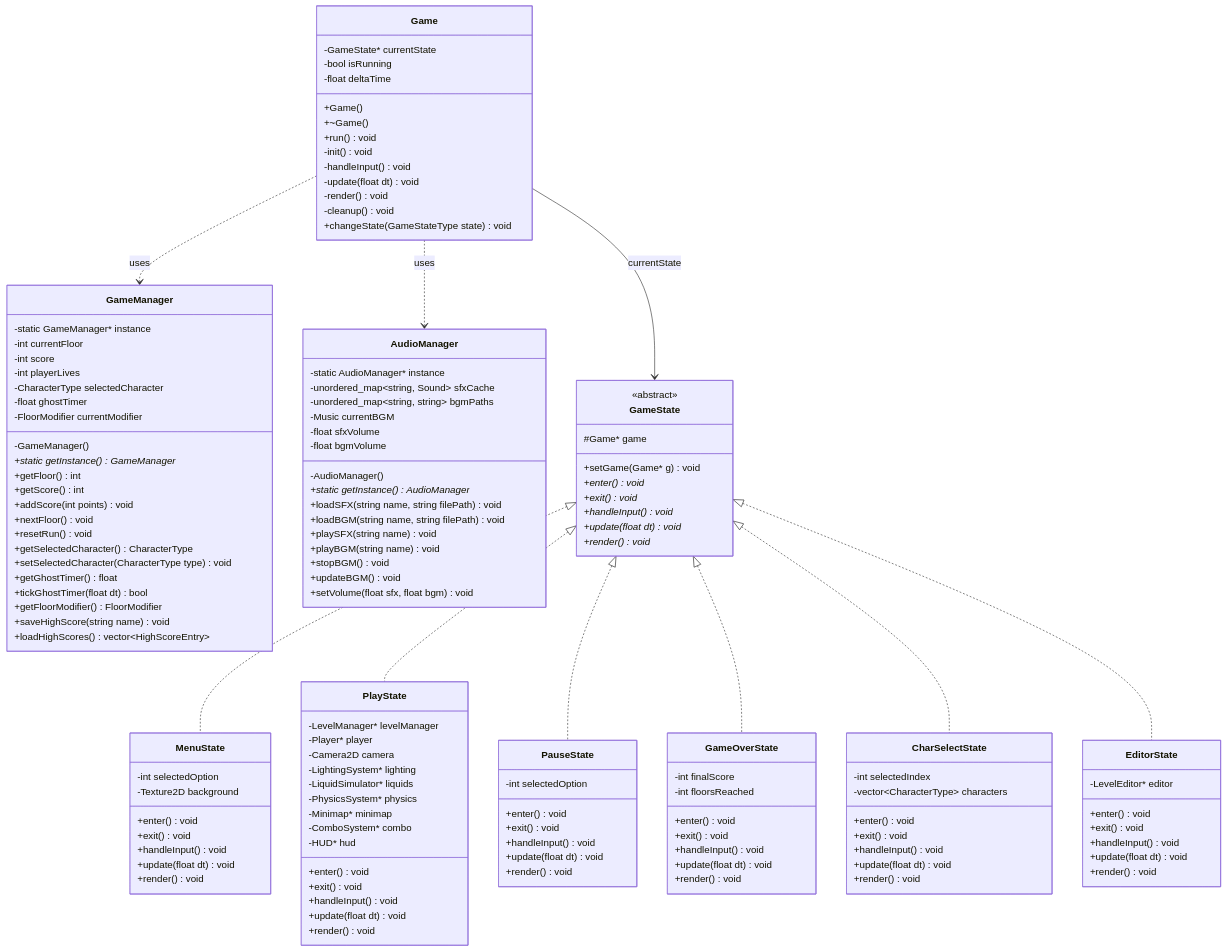
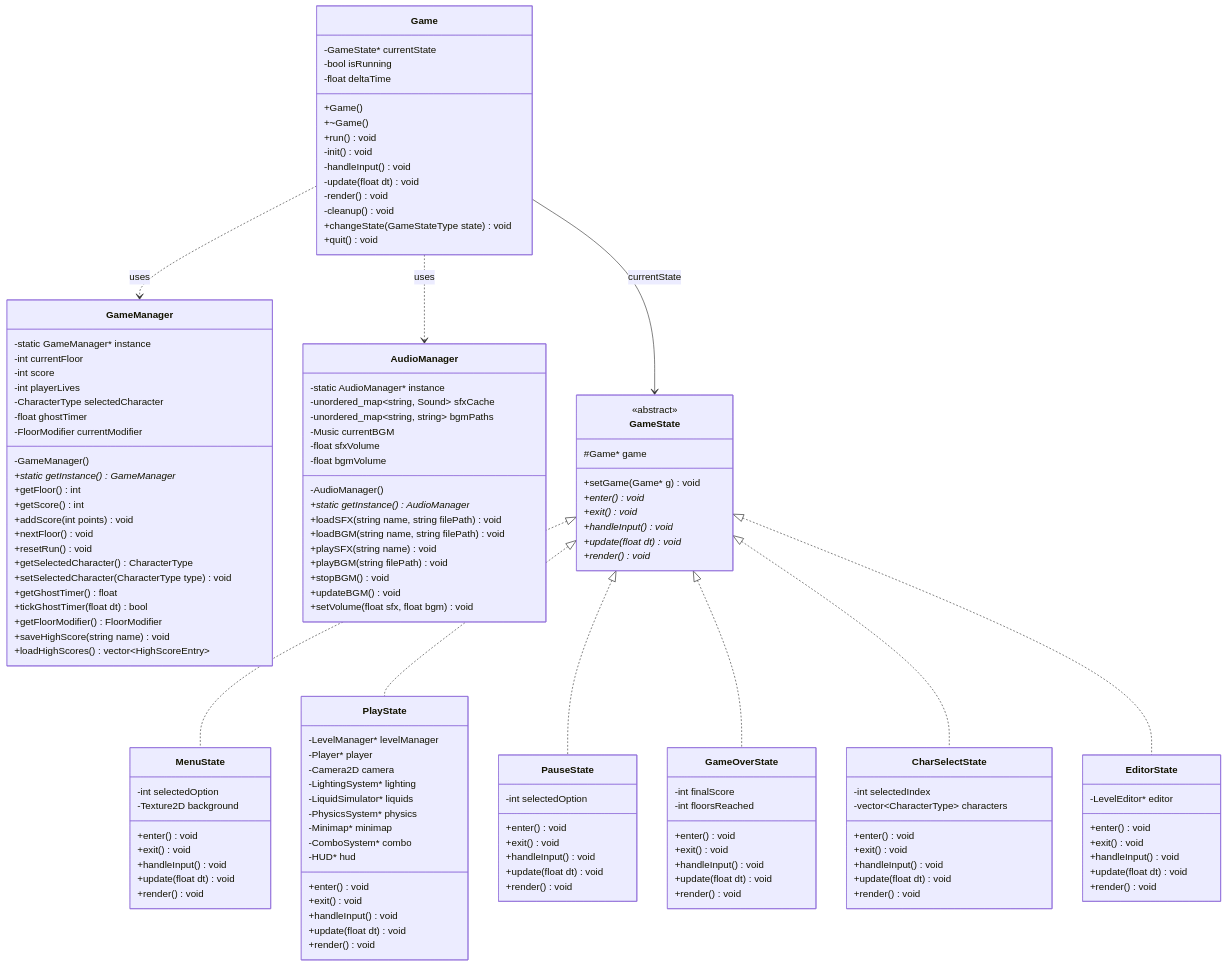
The first of 8 diagrams in project_plan.md (Gasmask-Chan/CS202-Cavern-Descent), drawn with Mermaid before and after one commit. The commit also changed other lines of this file and 7 other files, not shown here.

```diff
--- a/project_plan.md
+++ b/project_plan.md
@@ -313,6 +313,7 @@
         -render() void
         -cleanup() void
         +changeState(GameStateType state) void
+        +quit() void
     }
 
     class GameManager {
@@ -351,7 +352,7 @@
         +loadSFX(string name, string filePath) void
         +loadBGM(string name, string filePath) void
         +playSFX(string name) void
-        +playBGM(string name) void
+        +playBGM(string filePath) void
         +stopBGM() void
         +updateBGM() void
         +setVolume(float sfx, float bgm) void
```
